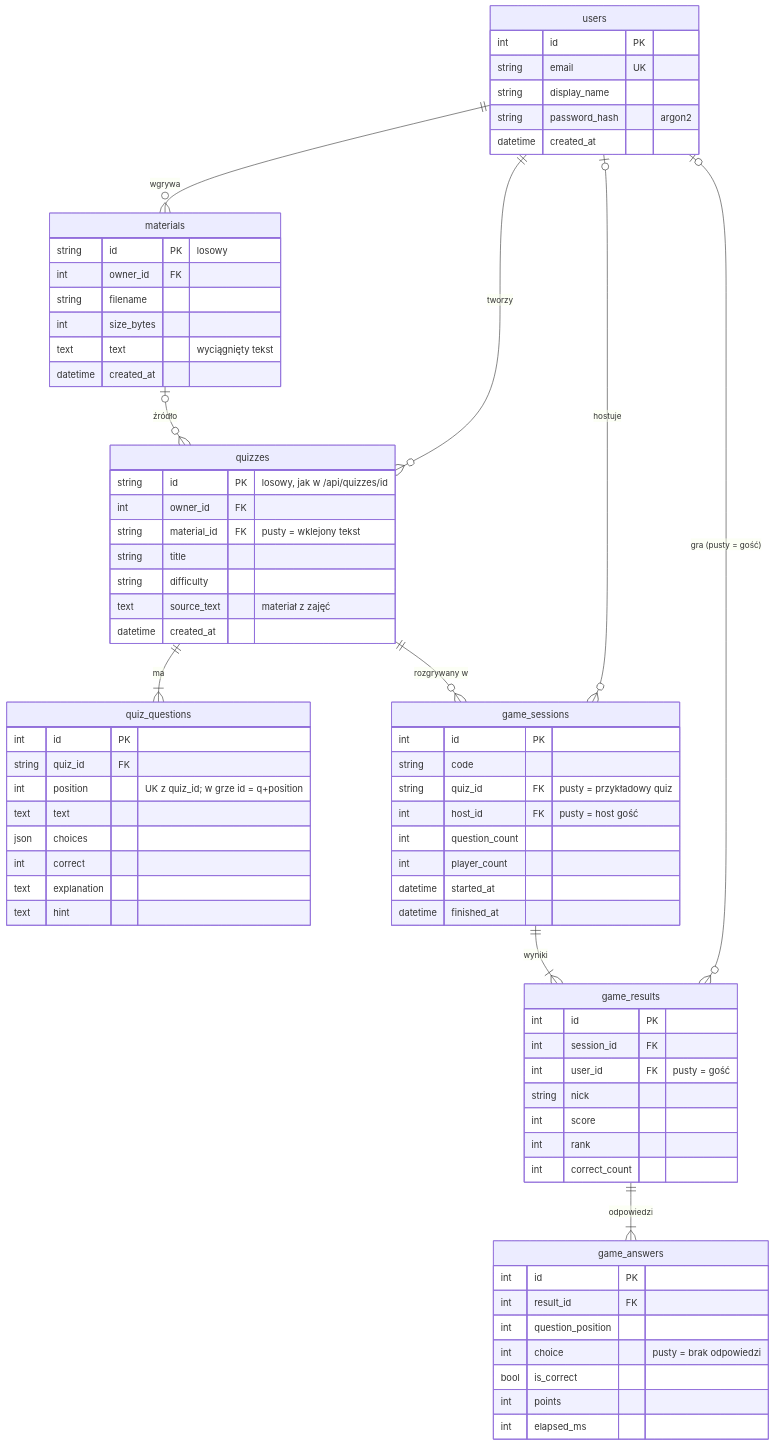
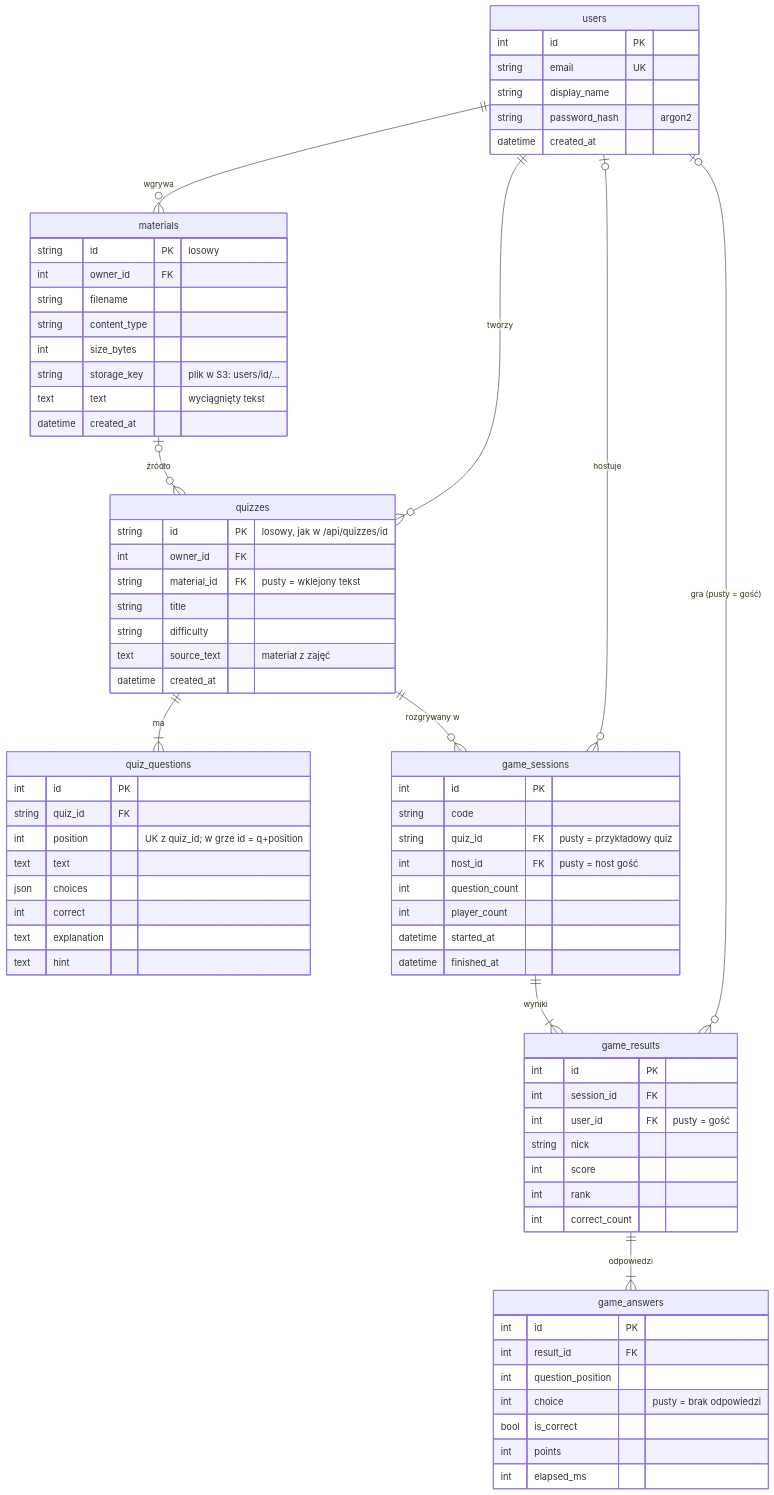
The diagram in Backend/README.md (MrAzzer/Qui), drawn with Mermaid before and after one commit. The commit also changed other lines of this file and 10 other files, not shown here.

````diff
--- a/Backend/README.md
+++ b/Backend/README.md
@@ -131,75 +135,77 @@
 ```mermaid
 erDiagram
     users ||--o{ materials : "wgrywa"
     materials |o--o{ quizzes : "źródło"
     users ||--o{ quizzes : "tworzy"
     quizzes ||--|{ quiz_questions : "ma"
     quizzes ||--o{ game_sessions : "rozgrywany w"
     users |o--o{ game_sessions : "hostuje"
     game_sessions ||--|{ game_results : "wyniki"
     users |o--o{ game_results : "gra (pusty = gość)"
     game_results ||--|{ game_answers : "odpowiedzi"
 
     users {
         int id PK
         string email UK
         string display_name
         string password_hash "argon2"
         datetime created_at
     }
     materials {
         string id PK "losowy"
         int owner_id FK
         string filename
+        string content_type
         int size_bytes
+        string storage_key "plik w S3: users/id/..."
         text text "wyciągnięty tekst"
         datetime created_at
     }
     quizzes {
         string id PK "losowy, jak w /api/quizzes/id"
         int owner_id FK
         string material_id FK "pusty = wklejony tekst"
         string title
         string difficulty
         text source_text "materiał z zajęć"
         datetime created_at
     }
     quiz_questions {
         int id PK
         string quiz_id FK
         int position "UK z quiz_id; w grze id = q+position"
         text text
         json choices
         int correct
         text explanation
         text hint
     }
     game_sessions {
         int id PK
         string code
         string quiz_id FK "pusty = przykładowy quiz"
         int host_id FK "pusty = host gość"
         int question_count
         int player_count
         datetime started_at
         datetime finished_at
     }
     game_results {
         int id PK
         int session_id FK
         int user_id FK "pusty = gość"
         string nick
         int score
         int rank
         int correct_count
     }
     game_answers {
         int id PK
         int result_id FK
         int question_position
         int choice "pusty = brak odpowiedzi"
         bool is_correct
         int points
         int elapsed_ms
     }
 ```
````
